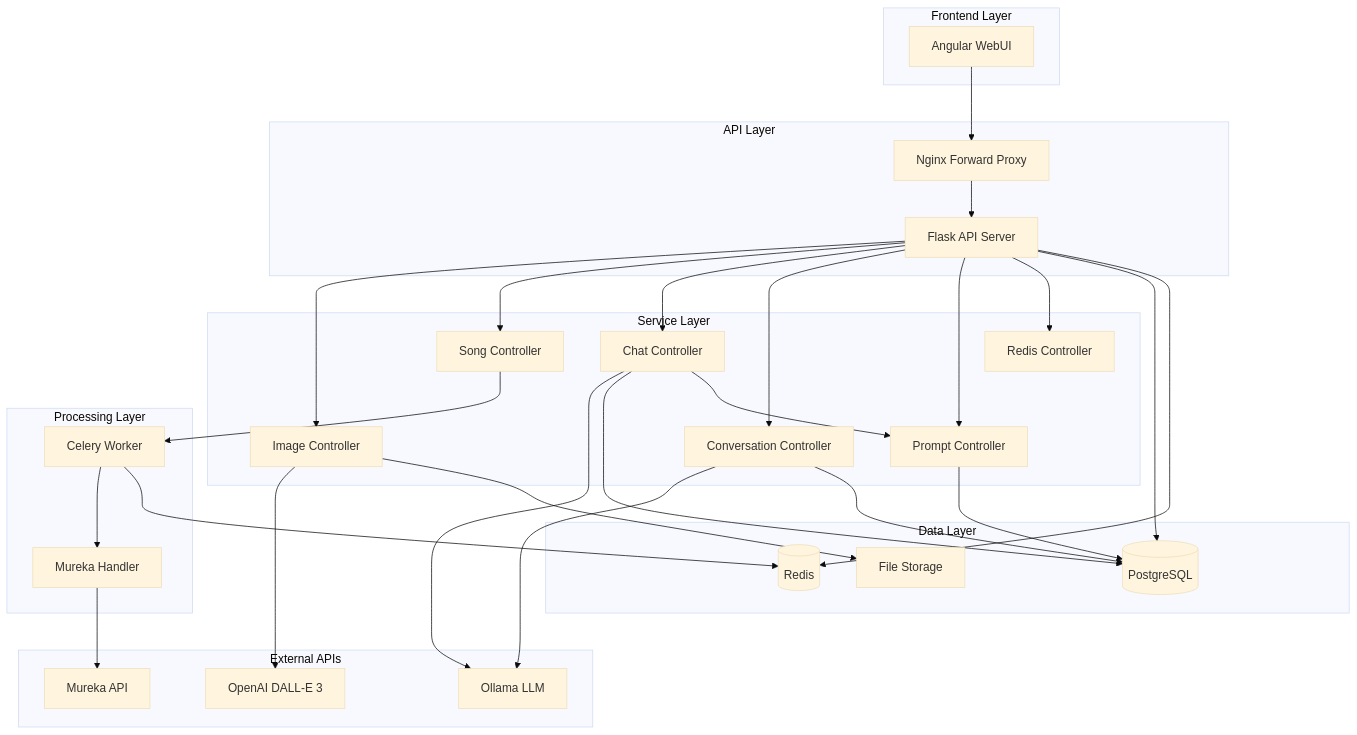
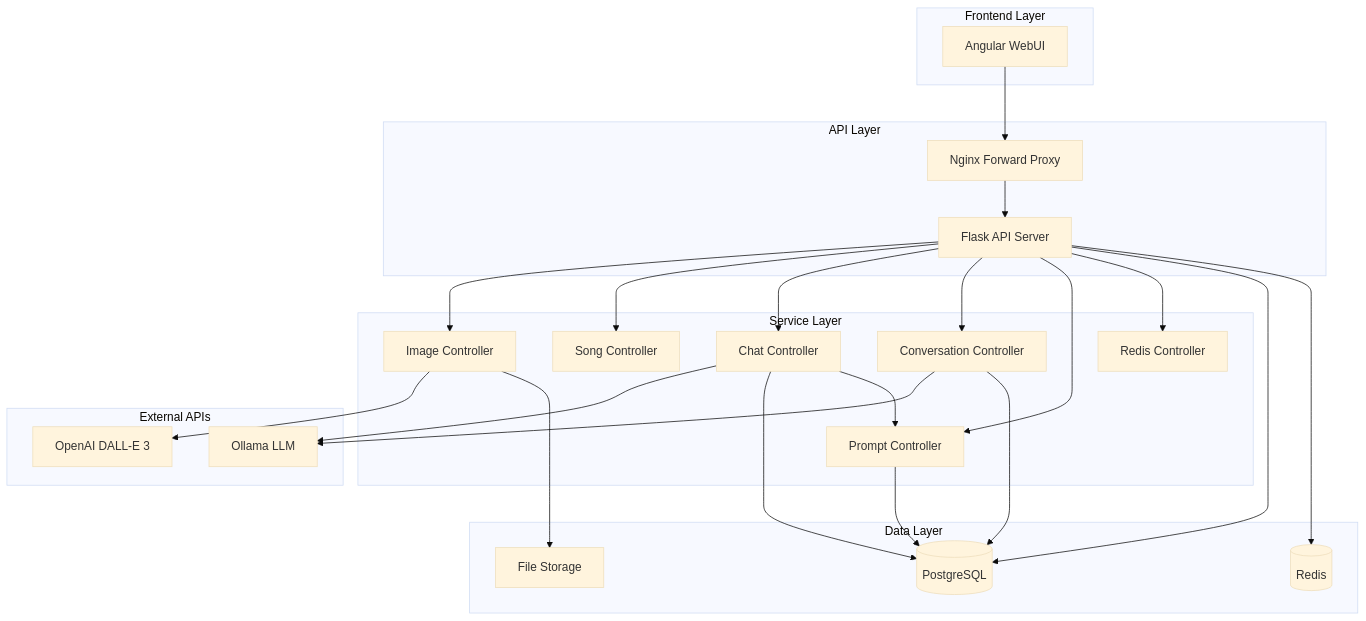
The diagram in docs/arch42/5.1_systemuebersicht.mmd (rwellinger/chmusicpro), drawn with Mermaid (base theme) before and after one commit. The commit also changed 73 other files, not shown here.

```diff
--- a/docs/arch42/5.1_systemuebersicht.mmd
+++ b/docs/arch42/5.1_systemuebersicht.mmd
@@ -1,60 +1,50 @@
 graph TB
     subgraph "Frontend Layer"
         UI[Angular WebUI]
     end
 
     subgraph "API Layer"
         Proxy[Nginx Forward Proxy]
         API[Flask API Server]
     end
 
     subgraph "Service Layer"
         IMG[Image Controller]
         SONG[Song Controller]
         CHAT[Chat Controller]
         CONV[Conversation Controller]
         PROMPT[Prompt Controller]
         REDIS[Redis Controller]
     end
 
-    subgraph "Processing Layer"
-        CELERY[Celery Worker]
-        MUREKA[Mureka Handler]
-    end
-
     subgraph "Data Layer"
         PG[(PostgreSQL)]
         RD[(Redis)]
         FILES[File Storage]
     end
 
     subgraph "External APIs"
         OPENAI[OpenAI DALL-E 3]
-        MRK[Mureka API]
         OLLAMA[Ollama LLM]
     end
 
     UI --> Proxy
     Proxy --> API
     API --> IMG
     API --> SONG
     API --> CHAT
     API --> CONV
     API --> PROMPT
     API --> REDIS
 
     IMG --> OPENAI
-    SONG --> CELERY
-    CELERY --> MUREKA
-    MUREKA --> MRK
     CHAT --> OLLAMA
     CONV --> OLLAMA
 
     API --> PG
     API --> RD
     PROMPT --> PG
     CHAT --> PG
     CHAT --> PROMPT
     CONV --> PG
-    CELERY --> RD
     IMG --> FILES
```
